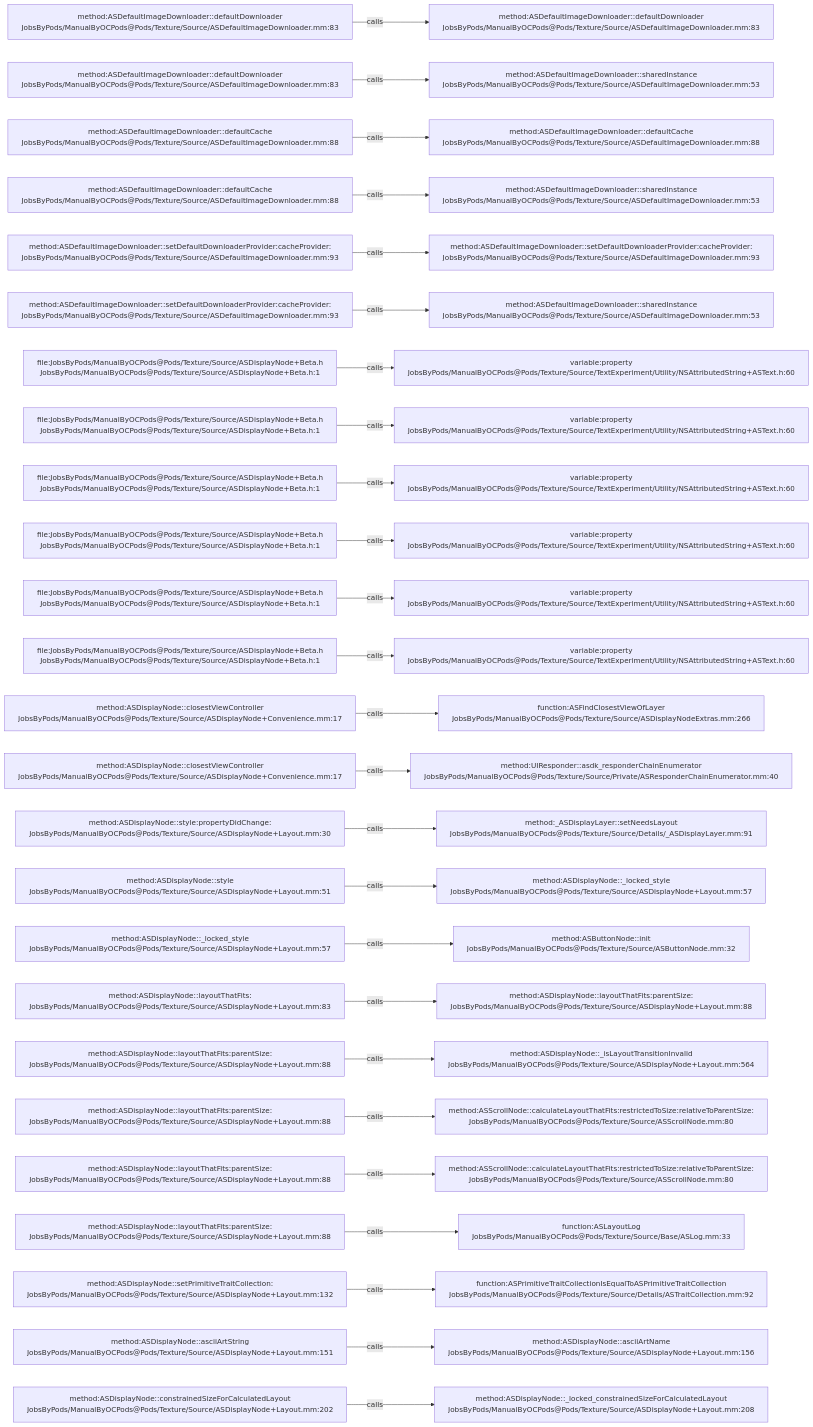
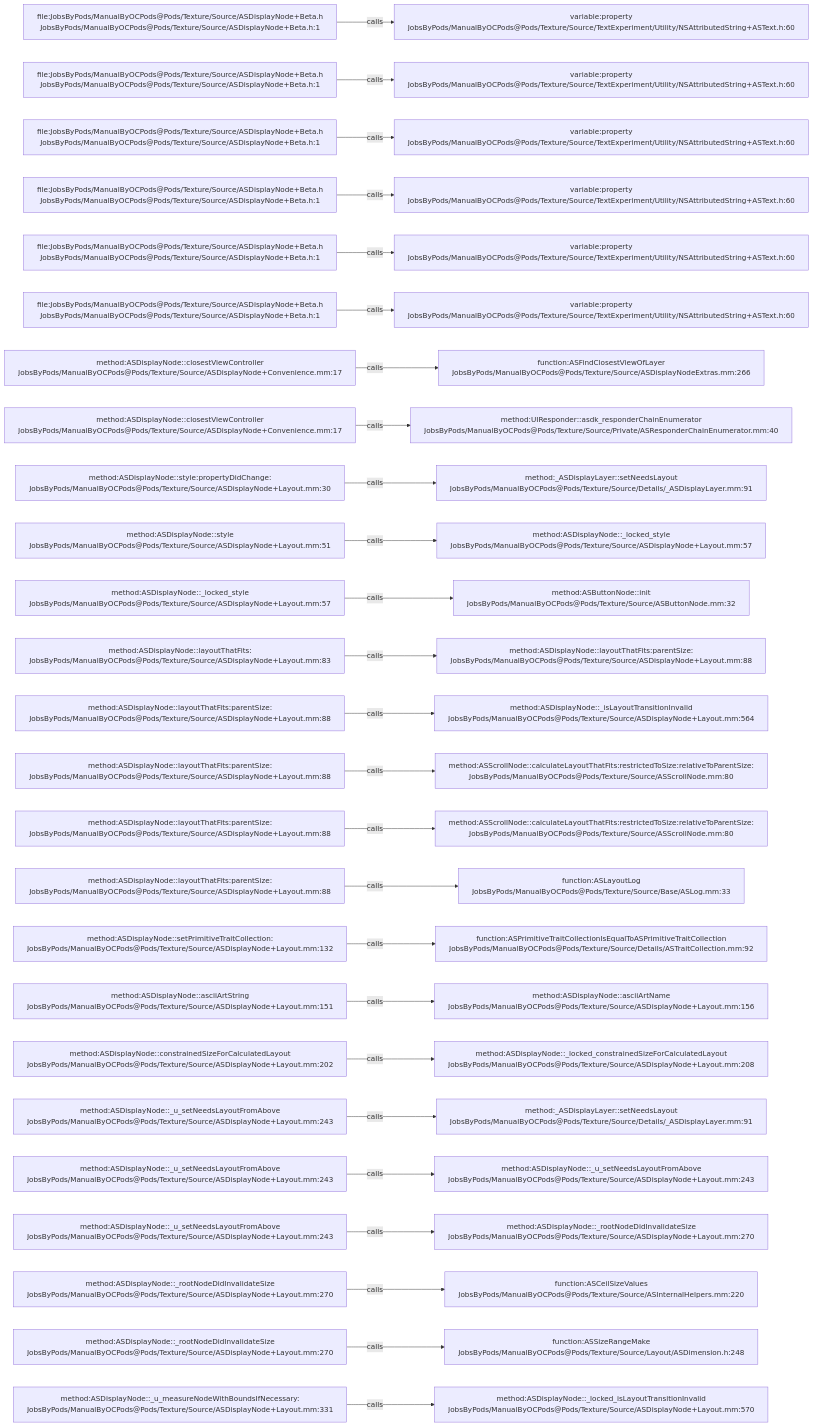
One commit to JobsKits/JobsOCBaseConfigDemo changed the diagram in .codegraph/codegraph.md/graphs/calls-082.md. Above: the diagram before and after it, drawn with Mermaid. The commit also changed 666 other files, not shown here.

````diff
--- a/.codegraph/codegraph.md/graphs/calls-082.md
+++ b/.codegraph/codegraph.md/graphs/calls-082.md
@@ -13,78 +13,78 @@
 ```mermaid
 flowchart LR
-  S1["method:ASDefaultImageDownloader::defaultDownloader<br/>JobsByPods/ManualByOCPods@Pods/Texture/Source/ASDefaultImageDownloader.mm:83"]
-  T1["method:ASDefaultImageDownloader::defaultDownloader<br/>JobsByPods/ManualByOCPods@Pods/Texture/Source/ASDefaultImageDownloader.mm:83"]
+  S1["file:JobsByPods/ManualByOCPods@Pods/Texture/Source/ASDisplayNode+Beta.h<br/>JobsByPods/ManualByOCPods@Pods/Texture/Source/ASDisplayNode+Beta.h:1"]
+  T1["variable:property<br/>JobsByPods/ManualByOCPods@Pods/Texture/Source/TextExperiment/Utility/NSAttributedString+ASText.h:60"]
   S1 -->|calls| T1
-  S2["method:ASDefaultImageDownloader::defaultDownloader<br/>JobsByPods/ManualByOCPods@Pods/Texture/Source/ASDefaultImageDownloader.mm:83"]
-  T2["method:ASDefaultImageDownloader::sharedInstance<br/>JobsByPods/ManualByOCPods@Pods/Texture/Source/ASDefaultImageDownloader.mm:53"]
+  S2["file:JobsByPods/ManualByOCPods@Pods/Texture/Source/ASDisplayNode+Beta.h<br/>JobsByPods/ManualByOCPods@Pods/Texture/Source/ASDisplayNode+Beta.h:1"]
+  T2["variable:property<br/>JobsByPods/ManualByOCPods@Pods/Texture/Source/TextExperiment/Utility/NSAttributedString+ASText.h:60"]
   S2 -->|calls| T2
-  S3["method:ASDefaultImageDownloader::defaultCache<br/>JobsByPods/ManualByOCPods@Pods/Texture/Source/ASDefaultImageDownloader.mm:88"]
-  T3["method:ASDefaultImageDownloader::defaultCache<br/>JobsByPods/ManualByOCPods@Pods/Texture/Source/ASDefaultImageDownloader.mm:88"]
+  S3["file:JobsByPods/ManualByOCPods@Pods/Texture/Source/ASDisplayNode+Beta.h<br/>JobsByPods/ManualByOCPods@Pods/Texture/Source/ASDisplayNode+Beta.h:1"]
+  T3["variable:property<br/>JobsByPods/ManualByOCPods@Pods/Texture/Source/TextExperiment/Utility/NSAttributedString+ASText.h:60"]
   S3 -->|calls| T3
-  S4["method:ASDefaultImageDownloader::defaultCache<br/>JobsByPods/ManualByOCPods@Pods/Texture/Source/ASDefaultImageDownloader.mm:88"]
-  T4["method:ASDefaultImageDownloader::sharedInstance<br/>JobsByPods/ManualByOCPods@Pods/Texture/Source/ASDefaultImageDownloader.mm:53"]
+  S4["file:JobsByPods/ManualByOCPods@Pods/Texture/Source/ASDisplayNode+Beta.h<br/>JobsByPods/ManualByOCPods@Pods/Texture/Source/ASDisplayNode+Beta.h:1"]
+  T4["variable:property<br/>JobsByPods/ManualByOCPods@Pods/Texture/Source/TextExperiment/Utility/NSAttributedString+ASText.h:60"]
   S4 -->|calls| T4
-  S5["method:ASDefaultImageDownloader::setDefaultDownloaderProvider:cacheProvider:<br/>JobsByPods/ManualByOCPods@Pods/Texture/Source/ASDefaultImageDownloader.mm:93"]
-  T5["method:ASDefaultImageDownloader::setDefaultDownloaderProvider:cacheProvider:<br/>JobsByPods/ManualByOCPods@Pods/Texture/Source/ASDefaultImageDownloader.mm:93"]
+  S5["file:JobsByPods/ManualByOCPods@Pods/Texture/Source/ASDisplayNode+Beta.h<br/>JobsByPods/ManualByOCPods@Pods/Texture/Source/ASDisplayNode+Beta.h:1"]
+  T5["variable:property<br/>JobsByPods/ManualByOCPods@Pods/Texture/Source/TextExperiment/Utility/NSAttributedString+ASText.h:60"]
   S5 -->|calls| T5
-  S6["method:ASDefaultImageDownloader::setDefaultDownloaderProvider:cacheProvider:<br/>JobsByPods/ManualByOCPods@Pods/Texture/Source/ASDefaultImageDownloader.mm:93"]
-  T6["method:ASDefaultImageDownloader::sharedInstance<br/>JobsByPods/ManualByOCPods@Pods/Texture/Source/ASDefaultImageDownloader.mm:53"]
+  S6["file:JobsByPods/ManualByOCPods@Pods/Texture/Source/ASDisplayNode+Beta.h<br/>JobsByPods/ManualByOCPods@Pods/Texture/Source/ASDisplayNode+Beta.h:1"]
+  T6["variable:property<br/>JobsByPods/ManualByOCPods@Pods/Texture/Source/TextExperiment/Utility/NSAttributedString+ASText.h:60"]
   S6 -->|calls| T6
-  S7["file:JobsByPods/ManualByOCPods@Pods/Texture/Source/ASDisplayNode+Beta.h<br/>JobsByPods/ManualByOCPods@Pods/Texture/Source/ASDisplayNode+Beta.h:1"]
-  T7["variable:property<br/>JobsByPods/ManualByOCPods@Pods/Texture/Source/TextExperiment/Utility/NSAttributedString+ASText.h:60"]
+  S7["method:ASDisplayNode::closestViewController<br/>JobsByPods/ManualByOCPods@Pods/Texture/Source/ASDisplayNode+Convenience.mm:17"]
+  T7["function:ASFindClosestViewOfLayer<br/>JobsByPods/ManualByOCPods@Pods/Texture/Source/ASDisplayNodeExtras.mm:266"]
   S7 -->|calls| T7
-  S8["file:JobsByPods/ManualByOCPods@Pods/Texture/Source/ASDisplayNode+Beta.h<br/>JobsByPods/ManualByOCPods@Pods/Texture/Source/ASDisplayNode+Beta.h:1"]
-  T8["variable:property<br/>JobsByPods/ManualByOCPods@Pods/Texture/Source/TextExperiment/Utility/NSAttributedString+ASText.h:60"]
+  S8["method:ASDisplayNode::closestViewController<br/>JobsByPods/ManualByOCPods@Pods/Texture/Source/ASDisplayNode+Convenience.mm:17"]
+  T8["method:UIResponder::asdk_responderChainEnumerator<br/>JobsByPods/ManualByOCPods@Pods/Texture/Source/Private/ASResponderChainEnumerator.mm:40"]
   S8 -->|calls| T8
-  S9["file:JobsByPods/ManualByOCPods@Pods/Texture/Source/ASDisplayNode+Beta.h<br/>JobsByPods/ManualByOCPods@Pods/Texture/Source/ASDisplayNode+Beta.h:1"]
-  T9["variable:property<br/>JobsByPods/ManualByOCPods@Pods/Texture/Source/TextExperiment/Utility/NSAttributedString+ASText.h:60"]
+  S9["method:ASDisplayNode::style:propertyDidChange:<br/>JobsByPods/ManualByOCPods@Pods/Texture/Source/ASDisplayNode+Layout.mm:30"]
+  T9["method:_ASDisplayLayer::setNeedsLayout<br/>JobsByPods/ManualByOCPods@Pods/Texture/Source/Details/_ASDisplayLayer.mm:91"]
   S9 -->|calls| T9
-  S10["file:JobsByPods/ManualByOCPods@Pods/Texture/Source/ASDisplayNode+Beta.h<br/>JobsByPods/ManualByOCPods@Pods/Texture/Source/ASDisplayNode+Beta.h:1"]
-  T10["variable:property<br/>JobsByPods/ManualByOCPods@Pods/Texture/Source/TextExperiment/Utility/NSAttributedString+ASText.h:60"]
+  S10["method:ASDisplayNode::style<br/>JobsByPods/ManualByOCPods@Pods/Texture/Source/ASDisplayNode+Layout.mm:51"]
+  T10["method:ASDisplayNode::_locked_style<br/>JobsByPods/ManualByOCPods@Pods/Texture/Source/ASDisplayNode+Layout.mm:57"]
   S10 -->|calls| T10
-  S11["file:JobsByPods/ManualByOCPods@Pods/Texture/Source/ASDisplayNode+Beta.h<br/>JobsByPods/ManualByOCPods@Pods/Texture/Source/ASDisplayNode+Beta.h:1"]
-  T11["variable:property<br/>JobsByPods/ManualByOCPods@Pods/Texture/Source/TextExperiment/Utility/NSAttributedString+ASText.h:60"]
+  S11["method:ASDisplayNode::_locked_style<br/>JobsByPods/ManualByOCPods@Pods/Texture/Source/ASDisplayNode+Layout.mm:57"]
+  T11["method:ASButtonNode::init<br/>JobsByPods/ManualByOCPods@Pods/Texture/Source/ASButtonNode.mm:32"]
   S11 -->|calls| T11
-  S12["file:JobsByPods/ManualByOCPods@Pods/Texture/Source/ASDisplayNode+Beta.h<br/>JobsByPods/ManualByOCPods@Pods/Texture/Source/ASDisplayNode+Beta.h:1"]
-  T12["variable:property<br/>JobsByPods/ManualByOCPods@Pods/Texture/Source/TextExperiment/Utility/NSAttributedString+ASText.h:60"]
+  S12["method:ASDisplayNode::layoutThatFits:<br/>JobsByPods/ManualByOCPods@Pods/Texture/Source/ASDisplayNode+Layout.mm:83"]
+  T12["method:ASDisplayNode::layoutThatFits:parentSize:<br/>JobsByPods/ManualByOCPods@Pods/Texture/Source/ASDisplayNode+Layout.mm:88"]
   S12 -->|calls| T12
-  S13["method:ASDisplayNode::closestViewController<br/>JobsByPods/ManualByOCPods@Pods/Texture/Source/ASDisplayNode+Convenience.mm:17"]
-  T13["function:ASFindClosestViewOfLayer<br/>JobsByPods/ManualByOCPods@Pods/Texture/Source/ASDisplayNodeExtras.mm:266"]
+  S13["method:ASDisplayNode::layoutThatFits:parentSize:<br/>JobsByPods/ManualByOCPods@Pods/Texture/Source/ASDisplayNode+Layout.mm:88"]
+  T13["method:ASDisplayNode::_isLayoutTransitionInvalid<br/>JobsByPods/ManualByOCPods@Pods/Texture/Source/ASDisplayNode+Layout.mm:564"]
   S13 -->|calls| T13
-  S14["method:ASDisplayNode::closestViewController<br/>JobsByPods/ManualByOCPods@Pods/Texture/Source/ASDisplayNode+Convenience.mm:17"]
-  T14["method:UIResponder::asdk_responderChainEnumerator<br/>JobsByPods/ManualByOCPods@Pods/Texture/Source/Private/ASResponderChainEnumerator.mm:40"]
+  S14["method:ASDisplayNode::layoutThatFits:parentSize:<br/>JobsByPods/ManualByOCPods@Pods/Texture/Source/ASDisplayNode+Layout.mm:88"]
+  T14["method:ASScrollNode::calculateLayoutThatFits:restrictedToSize:relativeToParentSize:<br/>JobsByPods/ManualByOCPods@Pods/Texture/Source/ASScrollNode.mm:80"]
   S14 -->|calls| T14
-  S15["method:ASDisplayNode::style:propertyDidChange:<br/>JobsByPods/ManualByOCPods@Pods/Texture/Source/ASDisplayNode+Layout.mm:30"]
-  T15["method:_ASDisplayLayer::setNeedsLayout<br/>JobsByPods/ManualByOCPods@Pods/Texture/Source/Details/_ASDisplayLayer.mm:91"]
+  S15["method:ASDisplayNode::layoutThatFits:parentSize:<br/>JobsByPods/ManualByOCPods@Pods/Texture/Source/ASDisplayNode+Layout.mm:88"]
+  T15["method:ASScrollNode::calculateLayoutThatFits:restrictedToSize:relativeToParentSize:<br/>JobsByPods/ManualByOCPods@Pods/Texture/Source/ASScrollNode.mm:80"]
   S15 -->|calls| T15
-  S16["method:ASDisplayNode::style<br/>JobsByPods/ManualByOCPods@Pods/Texture/Source/ASDisplayNode+Layout.mm:51"]
-  T16["method:ASDisplayNode::_locked_style<br/>JobsByPods/ManualByOCPods@Pods/Texture/Source/ASDisplayNode+Layout.mm:57"]
+  S16["method:ASDisplayNode::layoutThatFits:parentSize:<br/>JobsByPods/ManualByOCPods@Pods/Texture/Source/ASDisplayNode+Layout.mm:88"]
+  T16["function:ASLayoutLog<br/>JobsByPods/ManualByOCPods@Pods/Texture/Source/Base/ASLog.mm:33"]
   S16 -->|calls| T16
-  S17["method:ASDisplayNode::_locked_style<br/>JobsByPods/ManualByOCPods@Pods/Texture/Source/ASDisplayNode+Layout.mm:57"]
-  T17["method:ASButtonNode::init<br/>JobsByPods/ManualByOCPods@Pods/Texture/Source/ASButtonNode.mm:32"]
+  S17["method:ASDisplayNode::setPrimitiveTraitCollection:<br/>JobsByPods/ManualByOCPods@Pods/Texture/Source/ASDisplayNode+Layout.mm:132"]
+  T17["function:ASPrimitiveTraitCollectionIsEqualToASPrimitiveTraitCollection<br/>JobsByPods/ManualByOCPods@Pods/Texture/Source/Details/ASTraitCollection.mm:92"]
   S17 -->|calls| T17
-  S18["method:ASDisplayNode::layoutThatFits:<br/>JobsByPods/ManualByOCPods@Pods/Texture/Source/ASDisplayNode+Layout.mm:83"]
-  T18["method:ASDisplayNode::layoutThatFits:parentSize:<br/>JobsByPods/ManualByOCPods@Pods/Texture/Source/ASDisplayNode+Layout.mm:88"]
+  S18["method:ASDisplayNode::asciiArtString<br/>JobsByPods/ManualByOCPods@Pods/Texture/Source/ASDisplayNode+Layout.mm:151"]
+  T18["method:ASDisplayNode::asciiArtName<br/>JobsByPods/ManualByOCPods@Pods/Texture/Source/ASDisplayNode+Layout.mm:156"]
   S18 -->|calls| T18
-  S19["method:ASDisplayNode::layoutThatFits:parentSize:<br/>JobsByPods/ManualByOCPods@Pods/Texture/Source/ASDisplayNode+Layout.mm:88"]
-  T19["method:ASDisplayNode::_isLayoutTransitionInvalid<br/>JobsByPods/ManualByOCPods@Pods/Texture/Source/ASDisplayNode+Layout.mm:564"]
+  S19["method:ASDisplayNode::constrainedSizeForCalculatedLayout<br/>JobsByPods/ManualByOCPods@Pods/Texture/Source/ASDisplayNode+Layout.mm:202"]
+  T19["method:ASDisplayNode::_locked_constrainedSizeForCalculatedLayout<br/>JobsByPods/ManualByOCPods@Pods/Texture/Source/ASDisplayNode+Layout.mm:208"]
   S19 -->|calls| T19
-  S20["method:ASDisplayNode::layoutThatFits:parentSize:<br/>JobsByPods/ManualByOCPods@Pods/Texture/Source/ASDisplayNode+Layout.mm:88"]
-  T20["method:ASScrollNode::calculateLayoutThatFits:restrictedToSize:relativeToParentSize:<br/>JobsByPods/ManualByOCPods@Pods/Texture/Source/ASScrollNode.mm:80"]
+  S20["method:ASDisplayNode::_u_setNeedsLayoutFromAbove<br/>JobsByPods/ManualByOCPods@Pods/Texture/Source/ASDisplayNode+Layout.mm:243"]
+  T20["method:_ASDisplayLayer::setNeedsLayout<br/>JobsByPods/ManualByOCPods@Pods/Texture/Source/Details/_ASDisplayLayer.mm:91"]
   S20 -->|calls| T20
-  S21["method:ASDisplayNode::layoutThatFits:parentSize:<br/>JobsByPods/ManualByOCPods@Pods/Texture/Source/ASDisplayNode+Layout.mm:88"]
-  T21["method:ASScrollNode::calculateLayoutThatFits:restrictedToSize:relativeToParentSize:<br/>JobsByPods/ManualByOCPods@Pods/Texture/Source/ASScrollNode.mm:80"]
+  S21["method:ASDisplayNode::_u_setNeedsLayoutFromAbove<br/>JobsByPods/ManualByOCPods@Pods/Texture/Source/ASDisplayNode+Layout.mm:243"]
+  T21["method:ASDisplayNode::_u_setNeedsLayoutFromAbove<br/>JobsByPods/ManualByOCPods@Pods/Texture/Source/ASDisplayNode+Layout.mm:243"]
   S21 -->|calls| T21
-  S22["method:ASDisplayNode::layoutThatFits:parentSize:<br/>JobsByPods/ManualByOCPods@Pods/Texture/Source/ASDisplayNode+Layout.mm:88"]
-  T22["function:ASLayoutLog<br/>JobsByPods/ManualByOCPods@Pods/Texture/Source/Base/ASLog.mm:33"]
+  S22["method:ASDisplayNode::_u_setNeedsLayoutFromAbove<br/>JobsByPods/ManualByOCPods@Pods/Texture/Source/ASDisplayNode+Layout.mm:243"]
+  T22["method:ASDisplayNode::_rootNodeDidInvalidateSize<br/>JobsByPods/ManualByOCPods@Pods/Texture/Source/ASDisplayNode+Layout.mm:270"]
   S22 -->|calls| T22
-  S23["method:ASDisplayNode::setPrimitiveTraitCollection:<br/>JobsByPods/ManualByOCPods@Pods/Texture/Source/ASDisplayNode+Layout.mm:132"]
-  T23["function:ASPrimitiveTraitCollectionIsEqualToASPrimitiveTraitCollection<br/>JobsByPods/ManualByOCPods@Pods/Texture/Source/Details/ASTraitCollection.mm:92"]
+  S23["method:ASDisplayNode::_rootNodeDidInvalidateSize<br/>JobsByPods/ManualByOCPods@Pods/Texture/Source/ASDisplayNode+Layout.mm:270"]
+  T23["function:ASCeilSizeValues<br/>JobsByPods/ManualByOCPods@Pods/Texture/Source/ASInternalHelpers.mm:220"]
   S23 -->|calls| T23
-  S24["method:ASDisplayNode::asciiArtString<br/>JobsByPods/ManualByOCPods@Pods/Texture/Source/ASDisplayNode+Layout.mm:151"]
-  T24["method:ASDisplayNode::asciiArtName<br/>JobsByPods/ManualByOCPods@Pods/Texture/Source/ASDisplayNode+Layout.mm:156"]
+  S24["method:ASDisplayNode::_rootNodeDidInvalidateSize<br/>JobsByPods/ManualByOCPods@Pods/Texture/Source/ASDisplayNode+Layout.mm:270"]
+  T24["function:ASSizeRangeMake<br/>JobsByPods/ManualByOCPods@Pods/Texture/Source/Layout/ASDimension.h:248"]
   S24 -->|calls| T24
-  S25["method:ASDisplayNode::constrainedSizeForCalculatedLayout<br/>JobsByPods/ManualByOCPods@Pods/Texture/Source/ASDisplayNode+Layout.mm:202"]
-  T25["method:ASDisplayNode::_locked_constrainedSizeForCalculatedLayout<br/>JobsByPods/ManualByOCPods@Pods/Texture/Source/ASDisplayNode+Layout.mm:208"]
+  S25["method:ASDisplayNode::_u_measureNodeWithBoundsIfNecessary:<br/>JobsByPods/ManualByOCPods@Pods/Texture/Source/ASDisplayNode+Layout.mm:331"]
+  T25["method:ASDisplayNode::_locked_isLayoutTransitionInvalid<br/>JobsByPods/ManualByOCPods@Pods/Texture/Source/ASDisplayNode+Layout.mm:570"]
   S25 -->|calls| T25
 ```
````
